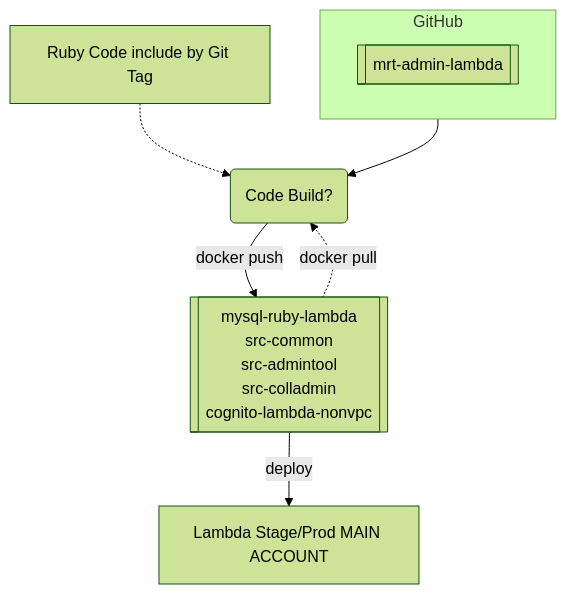
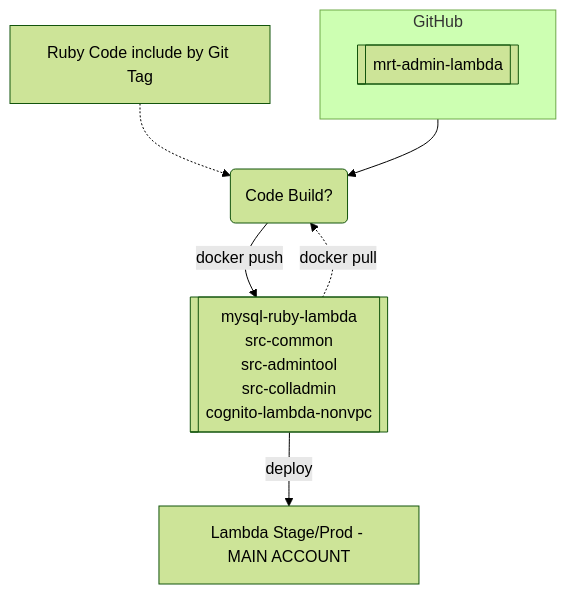
The ninth of 11 diagrams in design/aws-build/README.md (CDLUC3/mrt-doc), drawn with Mermaid (forest theme) before and after one commit. The commit also changed other lines of this file, not shown here.

````diff
--- a/design/aws-build/README.md
+++ b/design/aws-build/README.md
@@ -266,24 +266,24 @@
 ```mermaid
 graph TD
   subgraph GitHub
     Repos[["`
       mrt-admin-lambda
     `"]]
   end
   GitHub --> Build
   Build(Code Build?)
   ECR[ECR MAIN ACCOUNT]
   Build --> |docker push| ECR
   ECR --> |deploy| Lambda
   ECR -.-> |docker pull| Build
-  Lambda[Lambda Stage/Prod MAIN ACCOUNT]
+  Lambda[Lambda Stage/Prod - MAIN ACCOUNT]
   Gems[Ruby Code include by Git Tag]
   Gems -.-> Build
   ECR[["`
     mysql-ruby-lambda
     src-common
     src-admintool
     src-colladmin
     cognito-lambda-nonvpc
   `"]]
 ```
````
